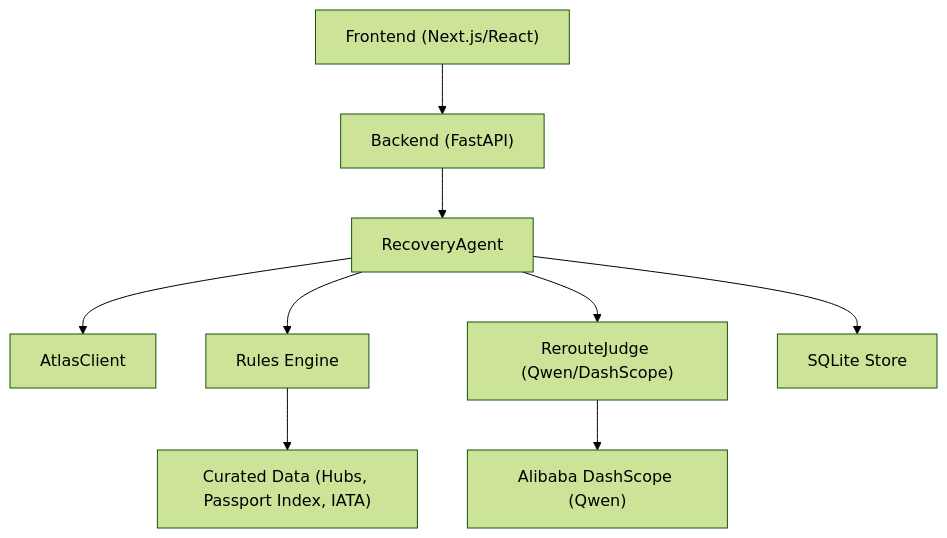
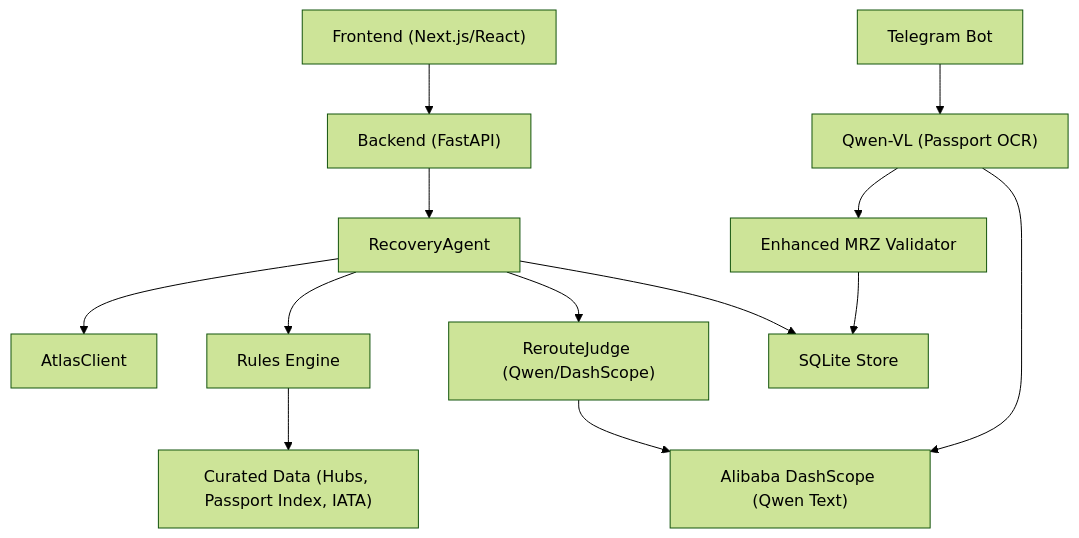
Before and after one commit to jaydonnnk/waypoint: the second of 2 diagrams in .qoder/repowiki/en/content/AI Integration/AI Integration.md, drawn with Mermaid (forest theme). The commit also changed other lines of this file and 14 other files, not shown here.

````diff
--- a/.qoder/repowiki/en/content/AI Integration/AI Integration.md
+++ b/.qoder/repowiki/en/content/AI Integration/AI Integration.md
@@ -277,11 +413,15 @@
 ```mermaid
 graph TB
 Frontend["Frontend (Next.js/React)"] --> API["Backend (FastAPI)"]
 API --> Agent["RecoveryAgent"]
 Agent --> Atlas["AtlasClient"]
 Agent --> Rules["Rules Engine"]
 Agent --> Judge["RerouteJudge (Qwen/DashScope)"]
 Agent --> Store["SQLite Store"]
 Rules --> Data["Curated Data (Hubs, Passport Index, IATA)"]
-Judge --> DashScope["Alibaba DashScope (Qwen)"]
+Judge --> DashScope["Alibaba DashScope (Qwen Text)"]
+Bot["Telegram Bot"] --> OCR["Qwen-VL (Passport OCR)"]
+OCR --> DashScope
+OCR --> Validator["Enhanced MRZ Validator"]
+Validator --> Store
 ```
````
